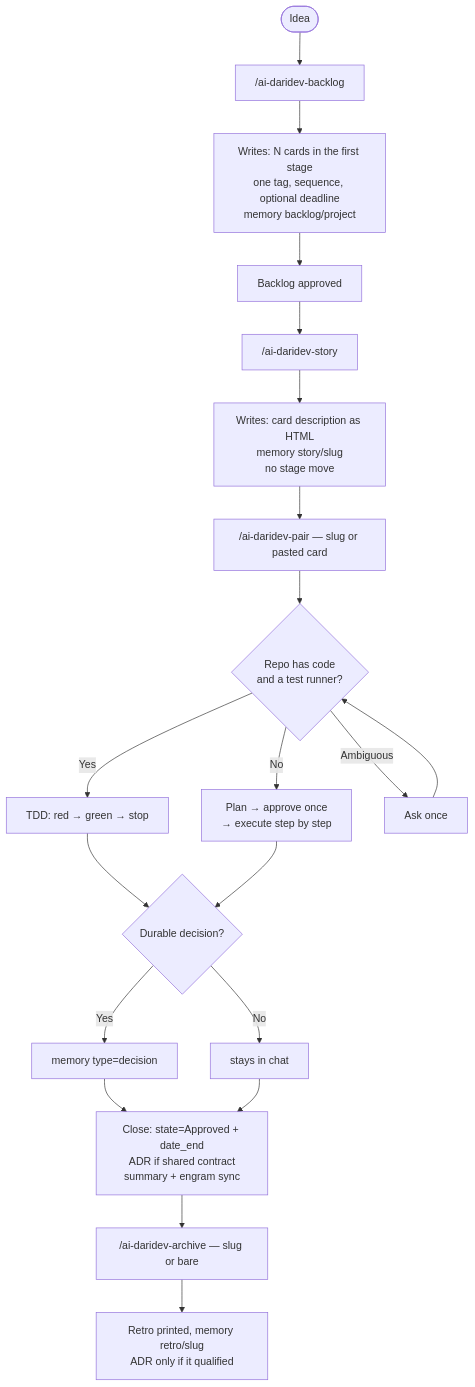
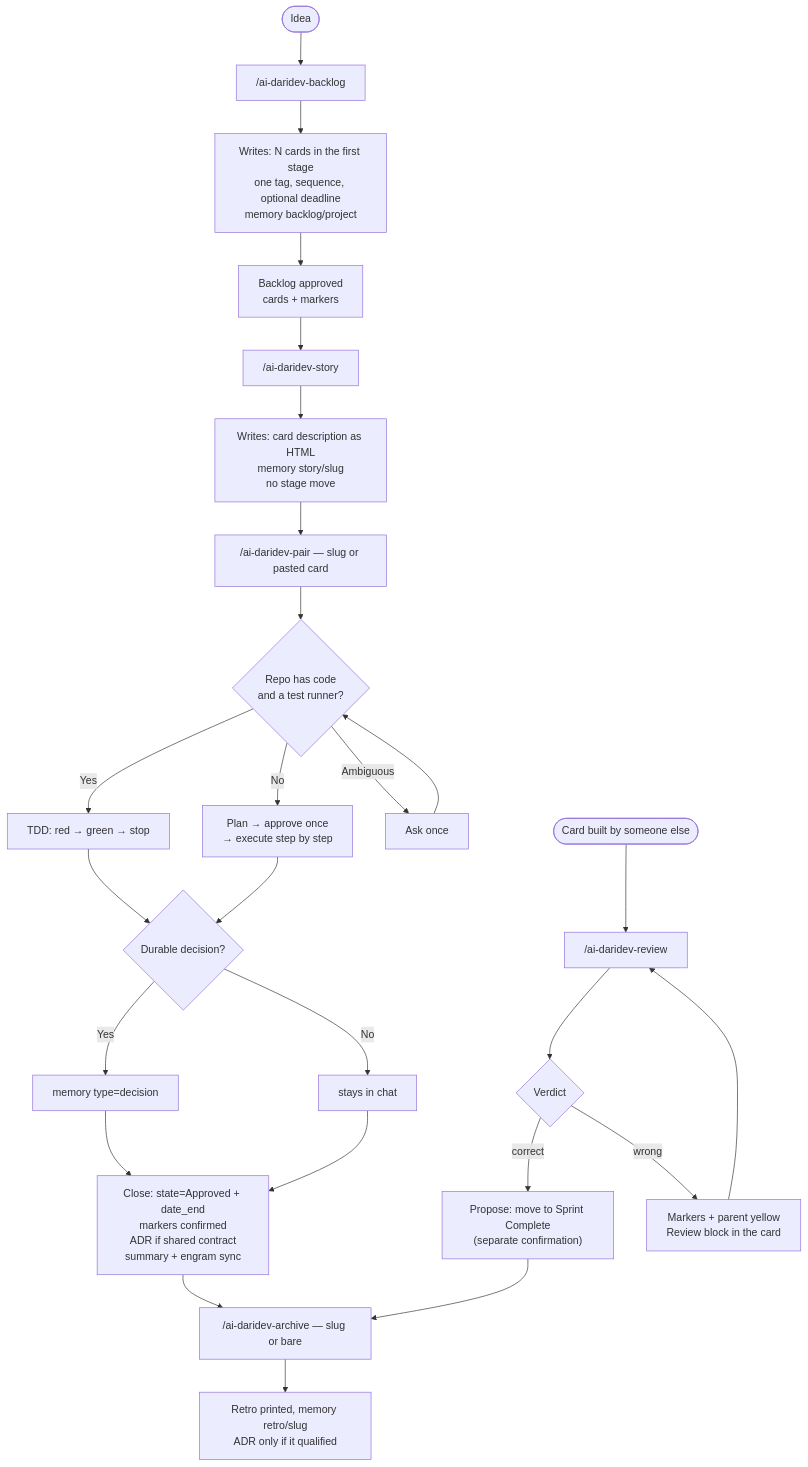
One commit to darideveloper/ai-daridev changed the second of 4 diagrams in docs/architecture.md. Above: the diagram before and after it, drawn with Mermaid. The commit also changed other lines of this file and 17 other files, not shown here.

First line of the commit message:
feat: review skill, tracking markers and manual Odoo handouts

````diff
--- a/docs/architecture.md
+++ b/docs/architecture.md
@@ -71,23 +72,30 @@
 ```mermaid
 flowchart TD
     IDEA([Idea]) --> BL["/ai-daridev-backlog"]
     BL --> BLW["Writes: N cards in the first stage<br/>one tag, sequence, optional deadline<br/>memory backlog/project"]
-    BLW --> OK["Backlog approved"]
+    BLW --> OK["Backlog approved<br/>cards + markers"]
     OK --> ST["/ai-daridev-story"]
     ST --> STW["Writes: card description as HTML<br/>memory story/slug<br/>no stage move"]
     STW --> PAIR["/ai-daridev-pair — slug or pasted card"]
     PAIR --> MODE{"Repo has code<br/>and a test runner?"}
     MODE -->|Yes| CODE["TDD: red → green → stop"]
     MODE -->|No| NOCODE["Plan → approve once<br/>→ execute step by step"]
     MODE -->|Ambiguous| ASK["Ask once"]
     ASK --> MODE
     CODE --> DEC{"Durable decision?"}
     NOCODE --> DEC
     DEC -->|Yes| MEM["memory type=decision"]
     DEC -->|No| EPH["stays in chat"]
     MEM --> CLOSE
     EPH --> CLOSE
-    CLOSE["Close: state=Approved + date_end<br/>ADR if shared contract<br/>summary + engram sync"]
+    CLOSE["Close: state=Approved + date_end<br/>markers confirmed<br/>ADR if shared contract<br/>summary + engram sync"]
     CLOSE --> ARCH["/ai-daridev-archive — slug or bare"]
     ARCH --> OUT["Retro printed, memory retro/slug<br/>ADR only if it qualified"]
+
+    TEAM([Card built by someone else]) --> RV["/ai-daridev-review"]
+    RV --> VERD{"Verdict"}
+    VERD -->|correct| MOVE["Propose: move to Sprint Complete<br/>(separate confirmation)"]
+    VERD -->|wrong| CHG["Markers + parent yellow<br/>Review block in the card"]
+    CHG --> RV
+    MOVE --> ARCH
 ```
````
